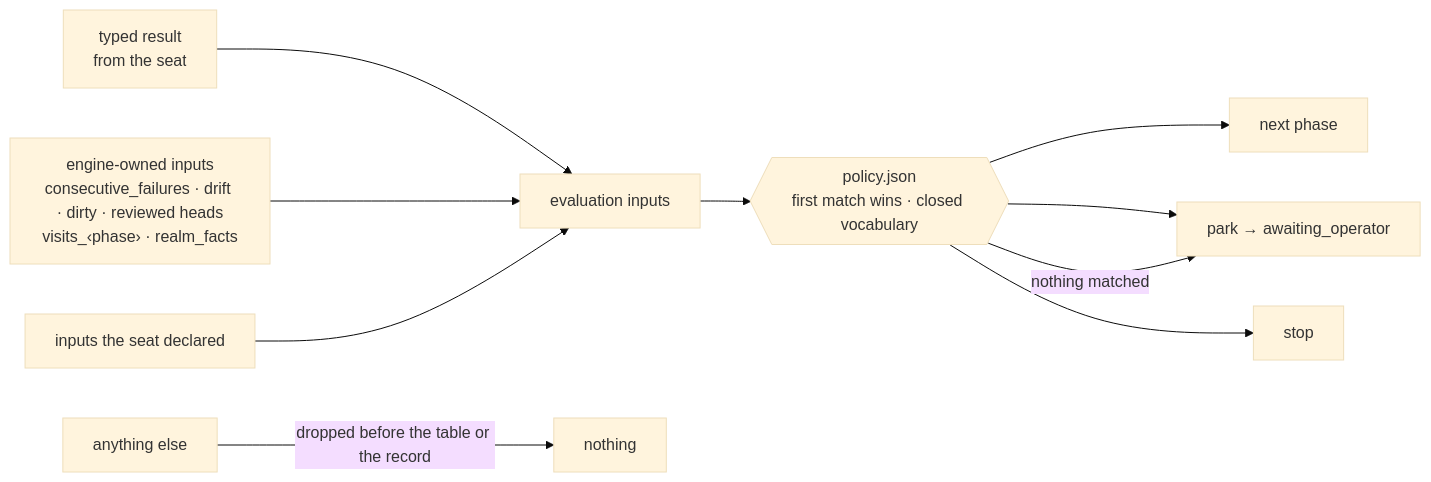
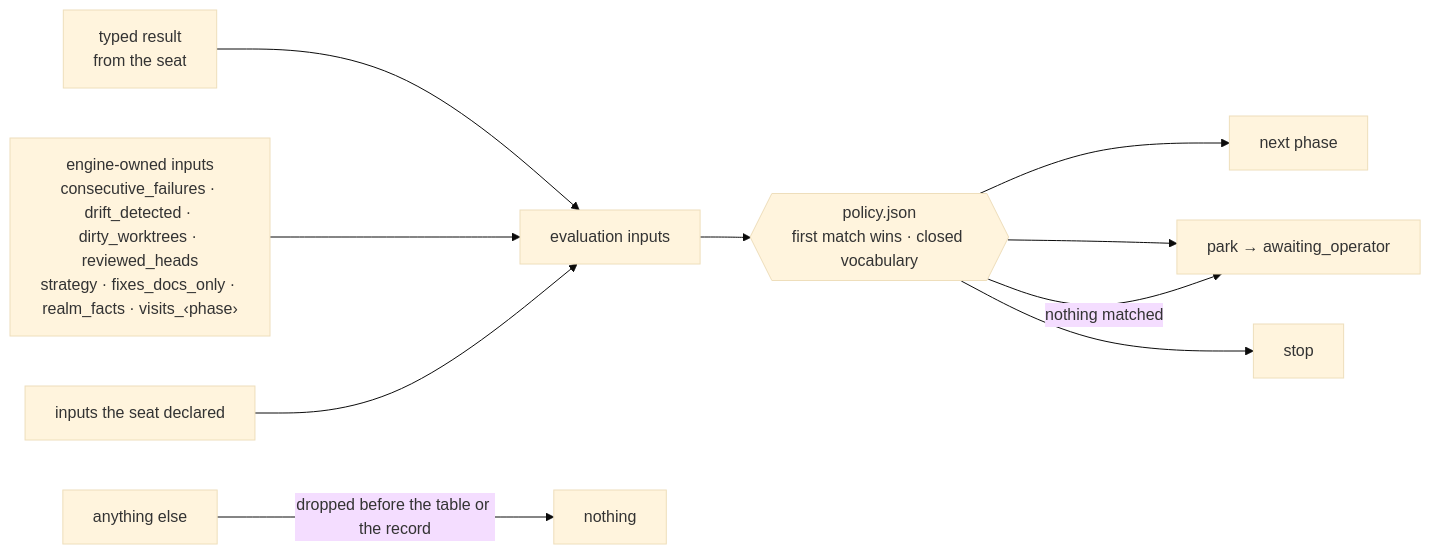
One commit to feedback-loop-ai/brokkr changed the fifth of 8 diagrams in ARCHITECTURE.md. Above: the diagram before and after it, drawn with Mermaid (base theme). The commit also changed other lines of this file and 11 other files, not shown here.

````diff
--- a/ARCHITECTURE.md
+++ b/ARCHITECTURE.md
@@ -124,12 +131,12 @@
 ```mermaid
 flowchart LR
   result["typed result<br/>from the seat"] --> inputs
-  engine["engine-owned inputs<br/>consecutive_failures · drift · dirty · reviewed heads<br/>visits_‹phase› · realm_facts"] --> inputs
+  engine["engine-owned inputs<br/>consecutive_failures · drift_detected · dirty_worktrees · reviewed_heads<br/>strategy · fixes_docs_only · realm_facts · visits_‹phase›"] --> inputs
   declared["inputs the seat declared"] --> inputs
   other["anything else"] -- "dropped before the table or the record" --> bin["nothing"]
   inputs["evaluation inputs"] --> table{{"policy.json<br/>first match wins · closed vocabulary"}}
   table --> next["next phase"]
   table --> park["park → awaiting_operator"]
   table --> stop["stop"]
   table -- "nothing matched" --> park
 ```
````
